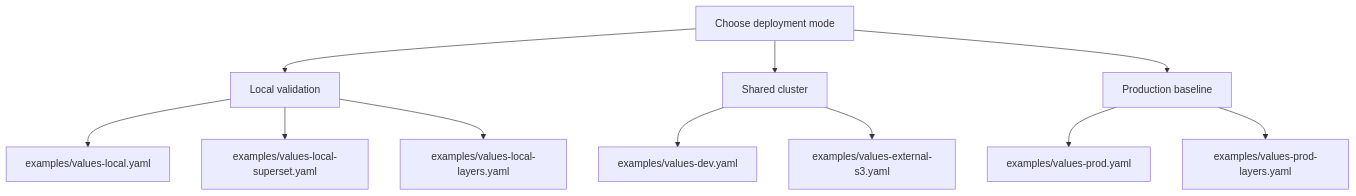
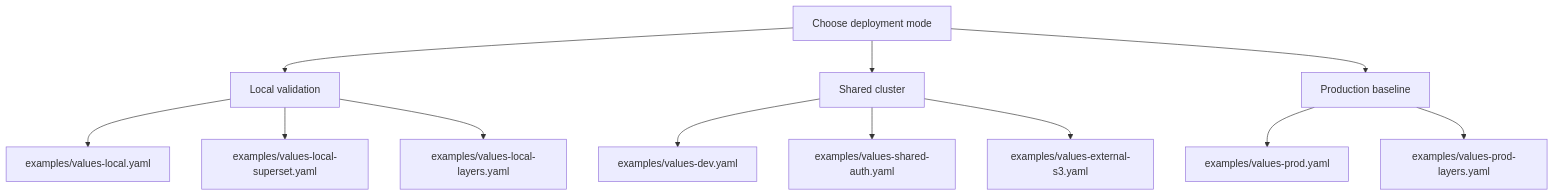
One commit to sanger-pathogens/dlh-in-a-box-umbrella-helm-chart changed the third of 3 diagrams in charts/dlh-in-a-box/README.md. Above: the diagram before and after it, drawn with Mermaid. The commit also changed other lines of this file and 30 other files, not shown here.

````diff
--- a/charts/dlh-in-a-box/README.md
+++ b/charts/dlh-in-a-box/README.md
@@ -129,15 +152,16 @@
 ```mermaid
 flowchart TD
   Start[Choose deployment mode]
   Start --> Local[Local validation]
   Start --> Shared[Shared cluster]
   Start --> Prod[Production baseline]
 
   Local --> LocalValues[examples/values-local.yaml]
   Local --> LocalSuperset[examples/values-local-superset.yaml]
   Local --> LocalLayers[examples/values-local-layers.yaml]
   Shared --> DevValues[examples/values-dev.yaml]
+  Shared --> SharedAuth[examples/values-shared-auth.yaml]
   Shared --> ExternalS3[examples/values-external-s3.yaml]
   Prod --> ProdValues[examples/values-prod.yaml]
   Prod --> ProdLayers[examples/values-prod-layers.yaml]
 ```
````
